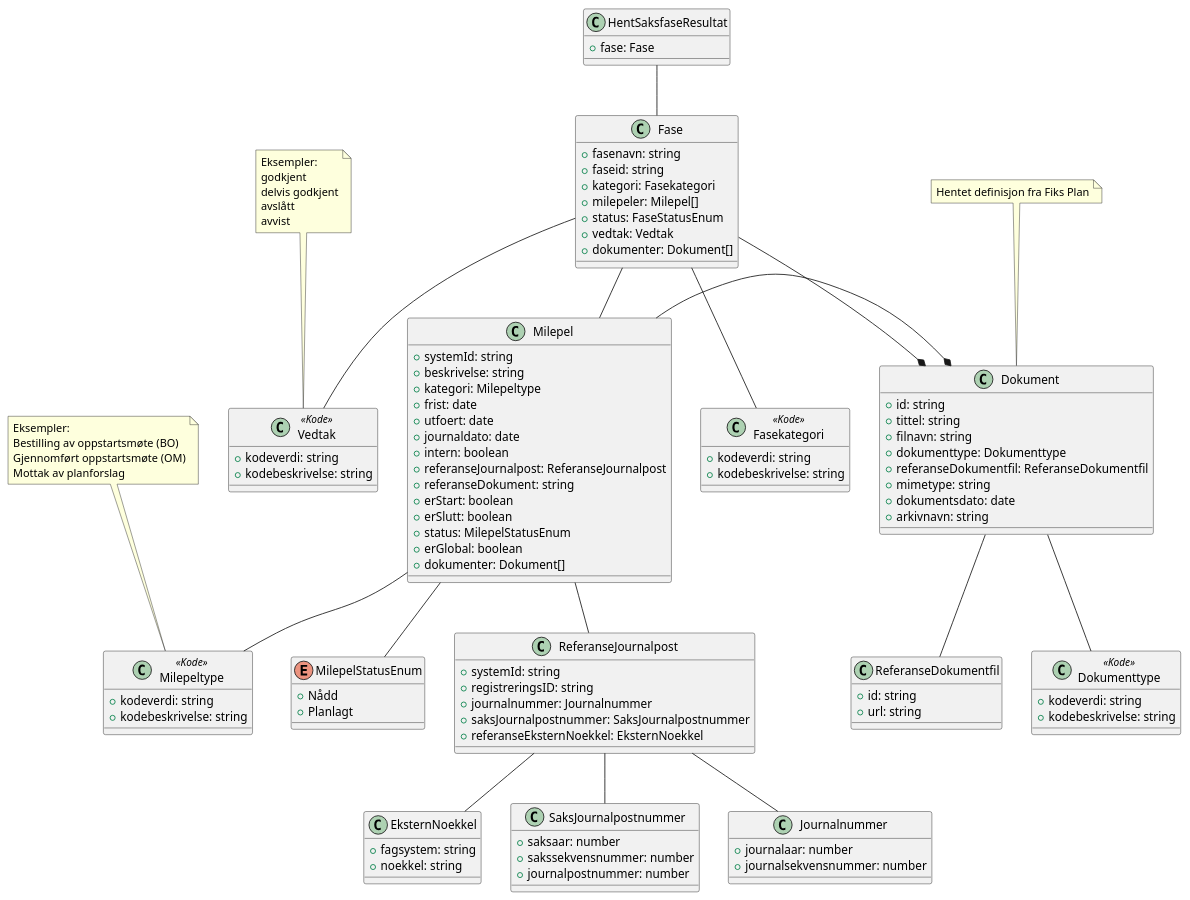
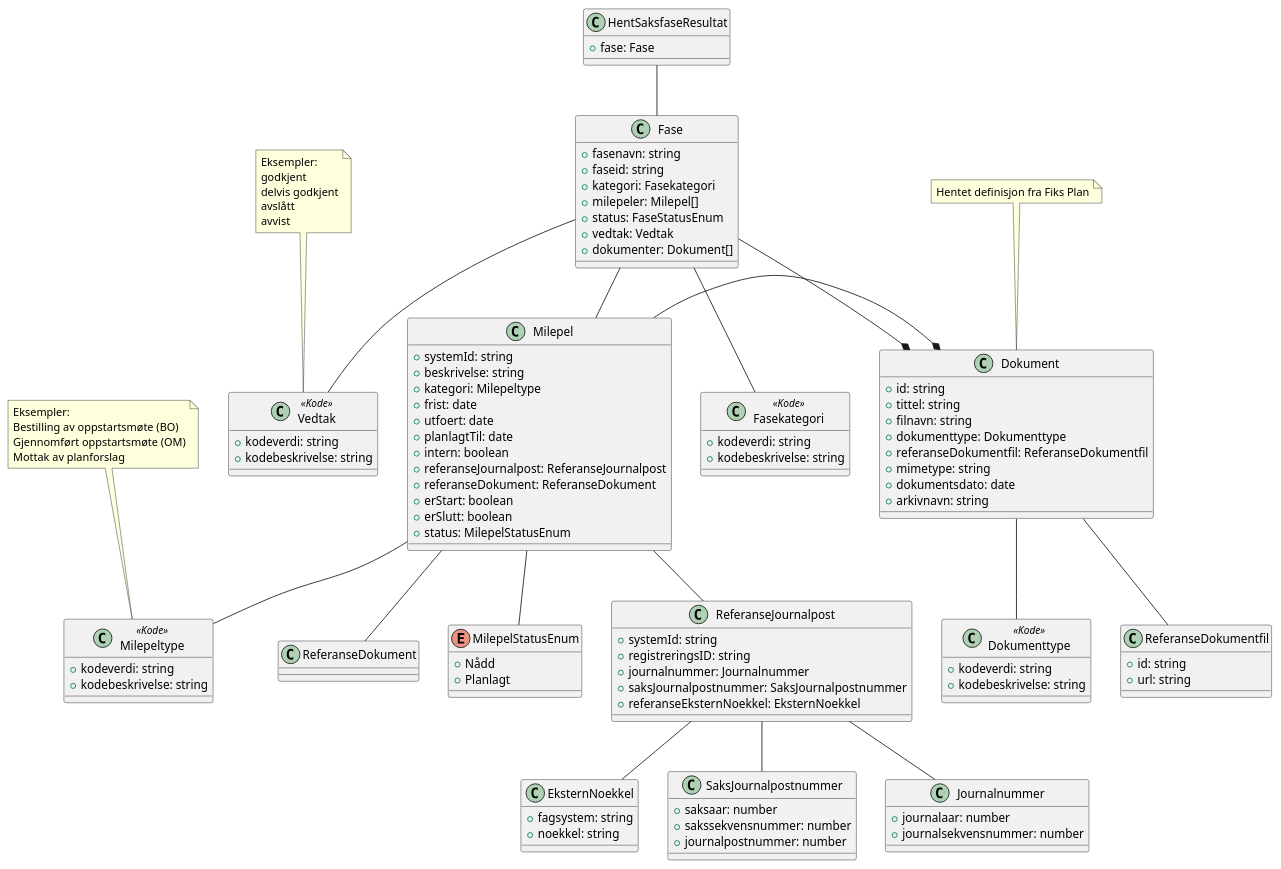
Before and after one commit to ks-no/fiks-saksfaser-specification: the diagram in Dokumentasjon/V1/ClassDiagrams/no.ks.fiks.saksfaser.v1.saksfase.hent.resultat/classdiagram.pu, drawn with PlantUML. The commit also changed 6 other files, not shown here.

```diff
--- a/Dokumentasjon/V1/ClassDiagrams/no.ks.fiks.saksfaser.v1.saksfase.hent.resultat/classdiagram.pu
+++ b/Dokumentasjon/V1/ClassDiagrams/no.ks.fiks.saksfaser.v1.saksfase.hent.resultat/classdiagram.pu
@@ -1,126 +1,125 @@
 @startuml
 
 class HentSaksfaseResultat {
     +fase: Fase
 }
 
 HentSaksfaseResultat -- Fase
 
 class Fase {
     +fasenavn: string
     +faseid: string
     +kategori: Fasekategori
     +milepeler: Milepel[]
     +status: FaseStatusEnum
     +vedtak: Vedtak
     +dokumenter: Dokument[]
 }
 
 Fase -* Dokument
 Fase -- Milepel
 Fase -- Fasekategori
 Fase -- Vedtak
 
 note top of Vedtak : Eksempler:\ngodkjent\ndelvis godkjent\navslått\navvist 
 
 class Vedtak <<Kode>> {
     +kodeverdi: string
     +kodebeskrivelse: string
 }
 
 class Fasekategori <<Kode>> {
     +kodeverdi: string
     +kodebeskrivelse: string
 }
 
 class Milepel {
     +systemId: string
     +beskrivelse: string
     +kategori: Milepeltype
     +frist: date
     +utfoert: date
-    +journaldato: date
+    +planlagtTil: date
     +intern: boolean
     +referanseJournalpost: ReferanseJournalpost
-    +referanseDokument: string
+    +referanseDokument: ReferanseDokument
     +erStart: boolean
     +erSlutt: boolean
     +status: MilepelStatusEnum
-    +erGlobal: boolean
-    +dokumenter: Dokument[]
 }
 
 Milepel -- Milepeltype
 Milepel -- ReferanseJournalpost
+Milepel -- ReferanseDokument
 
 note top of Milepeltype : Eksempler: \nBestilling av oppstartsmøte (BO)\nGjennomført oppstartsmøte (OM)\nMottak av planforslag
  
 class Milepeltype <<Kode>> {
     +kodeverdi: string
     +kodebeskrivelse: string
 }
 
 class ReferanseJournalpost {
     +systemId: string
     +registreringsID: string
     +journalnummer: Journalnummer
     +saksJournalpostnummer: SaksJournalpostnummer
     +referanseEksternNoekkel: EksternNoekkel
 }
 
 ReferanseJournalpost -- EksternNoekkel
 ReferanseJournalpost -- SaksJournalpostnummer
 ReferanseJournalpost -- Journalnummer
 
 class SaksJournalpostnummer {
     +saksaar: number
     +sakssekvensnummer: number
     +journalpostnummer: number
 }
 
 class Journalnummer {
     +journalaar: number
     +journalsekvensnummer: number
 }
 
 class EksternNoekkel {
     +fagsystem: string
     +noekkel: string
 }
 
 
 Milepel -- MilepelStatusEnum
 Milepel -* Dokument
 
 enum MilepelStatusEnum {
     +Nådd
     +Planlagt
 }
 
 note top of Dokument : Hentet definisjon fra Fiks Plan
 
 class Dokument {
     +id: string
     +tittel: string
     +filnavn: string
     +dokumenttype: Dokumenttype
     +referanseDokumentfil: ReferanseDokumentfil
     +mimetype: string
     +dokumentsdato: date
     +arkivnavn: string
 }
 
 Dokument -- Dokumenttype
 Dokument -- ReferanseDokumentfil
 
 class Dokumenttype <<Kode>> {
     +kodeverdi: string
     +kodebeskrivelse: string
 }
 
 class ReferanseDokumentfil {
     +id: string
     +url: string
 }
 
 @enduml
```
